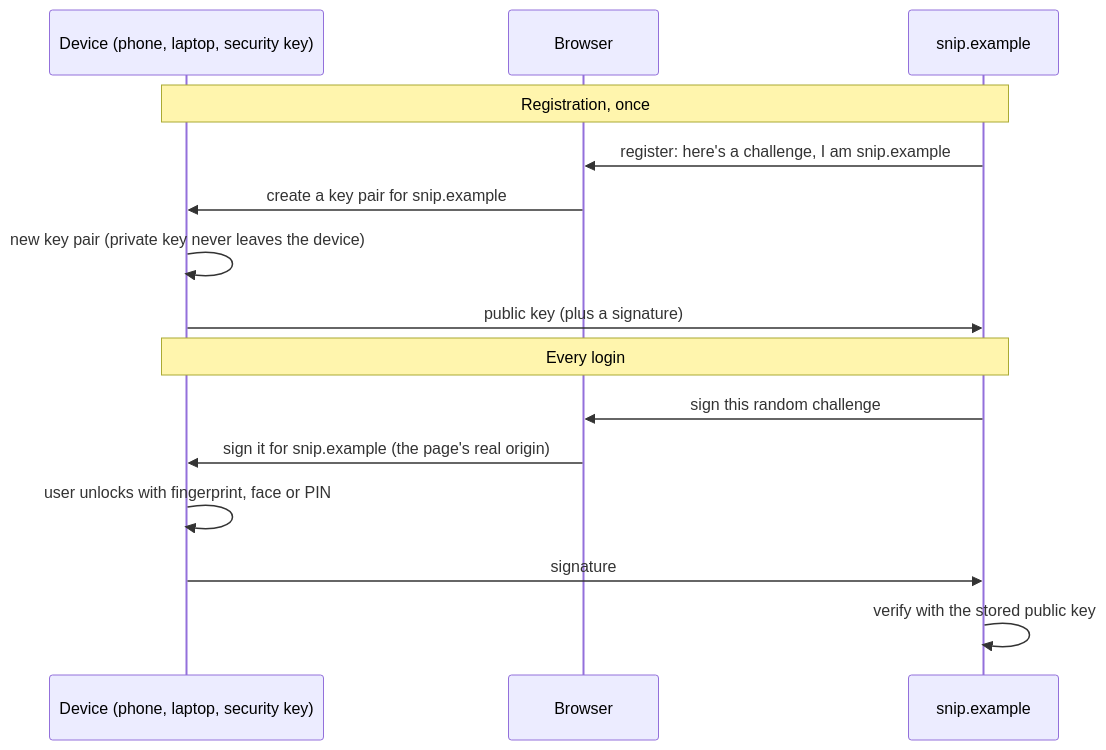
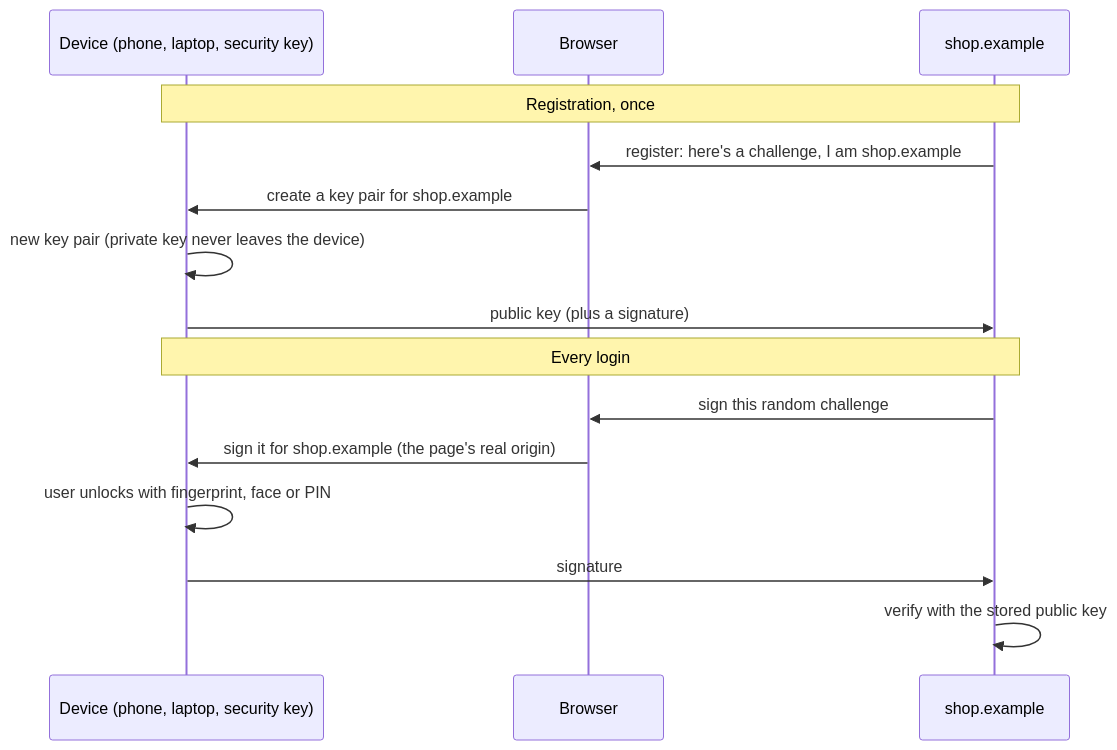
One commit to jawwadzafar/zero-to-prod changed the diagram in docs/security/mfa-and-passkeys.mdx. Above: the diagram before and after it, drawn with Mermaid. The commit also changed other lines of this file, not shown here.

Commit message:
docs: 7.7 MFA hook no longer opens on snip; Uber 2022 and Cloudflare 2022 incidents linked to their sources; passkey adoption and NIST SP 800-63B-4 guidance brought up to date; passkey diagram uses a neutral domain

````diff
--- a/docs/security/mfa-and-passkeys.mdx
+++ b/docs/security/mfa-and-passkeys.mdx
@@ -121,17 +121,17 @@
 ```mermaid
 sequenceDiagram
     participant U as Device (phone, laptop, security key)
     participant B as Browser
-    participant S as snip.example
+    participant S as shop.example
     Note over U,S: Registration, once
-    S->>B: register: here's a challenge, I am snip.example
-    B->>U: create a key pair for snip.example
+    S->>B: register: here's a challenge, I am shop.example
+    B->>U: create a key pair for shop.example
     U->>U: new key pair (private key never leaves the device)
     U->>S: public key (plus a signature)
     Note over U,S: Every login
     S->>B: sign this random challenge
-    B->>U: sign it for snip.example (the page's real origin)
+    B->>U: sign it for shop.example (the page's real origin)
     U->>U: user unlocks with fingerprint, face or PIN
     U->>S: signature
     S->>S: verify with the stored public key
 ```
````
